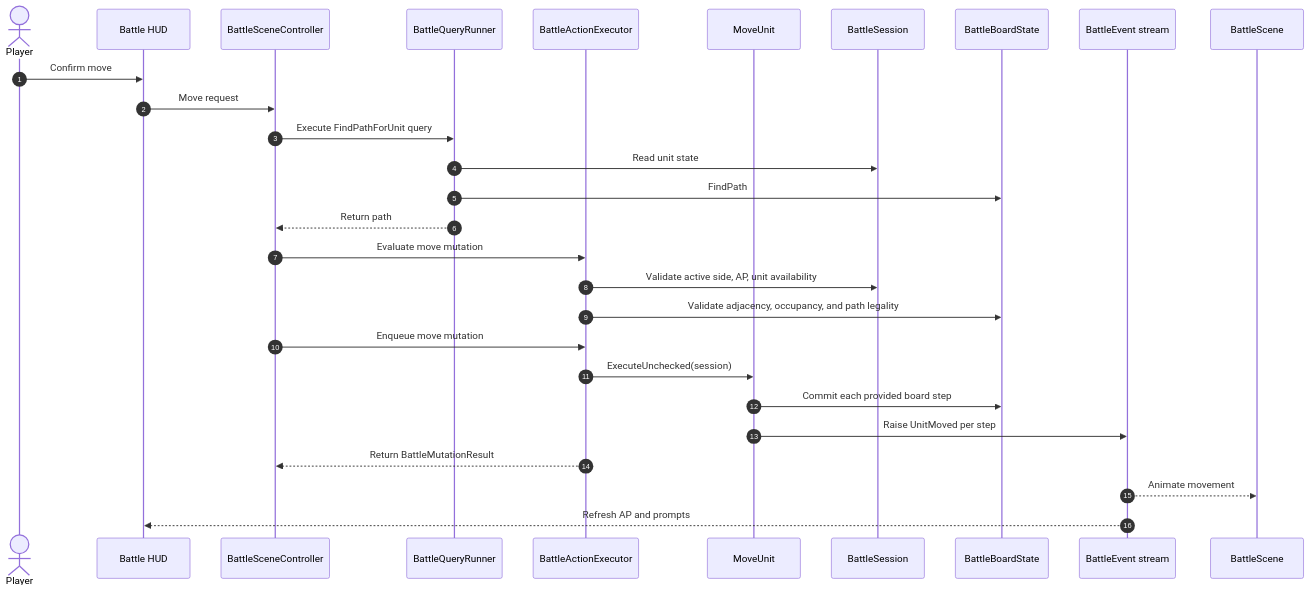
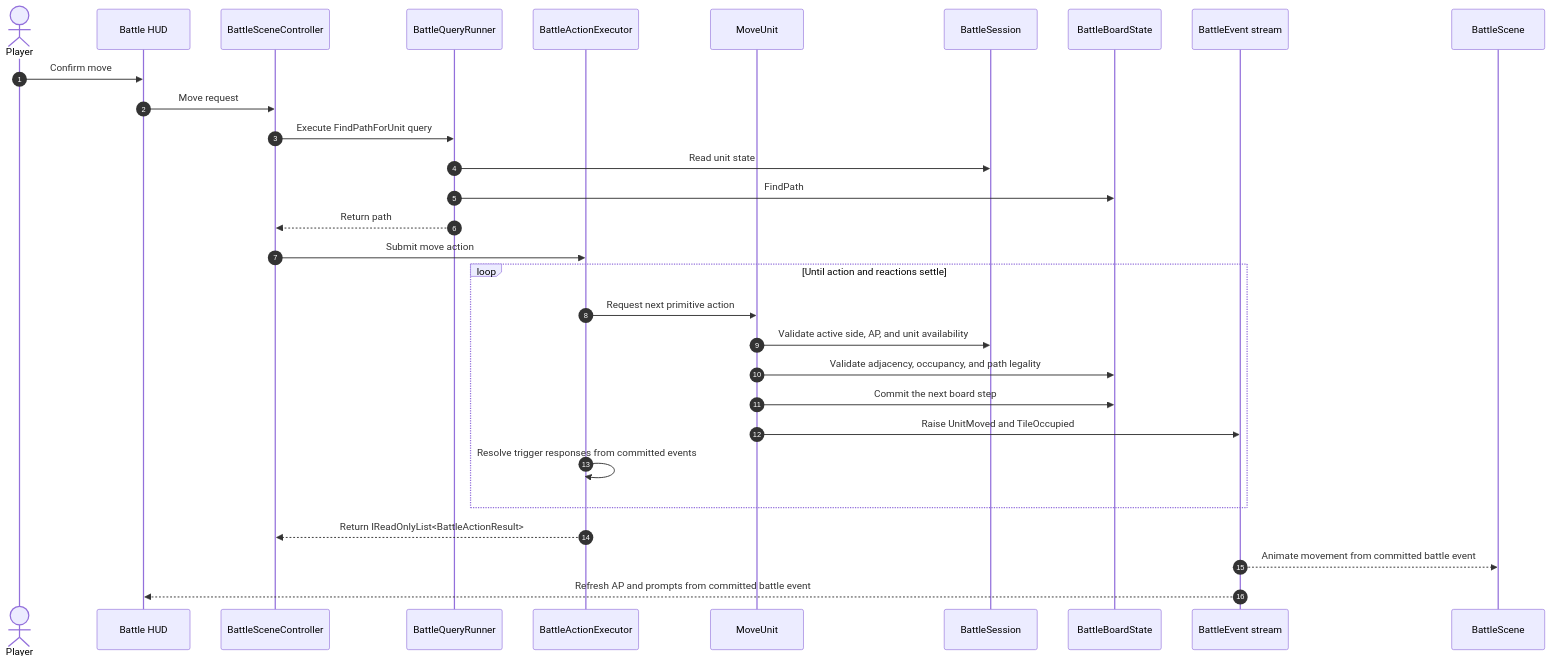
The second of 2 diagrams in docs/battlescape-architecture.md (smallp-o-p/fun-project), drawn with Mermaid before and after one commit. The commit also changed other lines of this file and 24 other files, not shown here.

Commit message:
Implement event-based architecture for battle actions

````diff
--- a/docs/battlescape-architecture.md
+++ b/docs/battlescape-architecture.md
@@ -303,31 +299,33 @@
 ```mermaid
 sequenceDiagram
     autonumber
     actor Player
     participant HUD as Battle HUD
     participant Controller as BattleSceneController
     participant Queries as BattleQueryRunner
     participant Exec as BattleActionExecutor
-    participant Mutation as MoveUnit
+    participant Action as MoveUnit
     participant Session as BattleSession
     participant Board as BattleBoardState
     participant Event as BattleEvent stream
     participant View as BattleScene
 
     Player->>HUD: Confirm move
     HUD->>Controller: Move request
     Controller->>Queries: Execute FindPathForUnit query
     Queries->>Session: Read unit state
     Queries->>Board: FindPath
     Queries-->>Controller: Return path
-    Controller->>Exec: Evaluate move mutation
-    Exec->>Session: Validate active side, AP, unit availability
-    Exec->>Board: Validate adjacency, occupancy, and path legality
-    Controller->>Exec: Enqueue move mutation
-    Exec->>Mutation: ExecuteUnchecked(session)
-    Mutation->>Board: Commit each provided board step
-    Mutation->>Event: Raise UnitMoved per step
-    Exec-->>Controller: Return BattleMutationResult
-    Event-->>View: Animate movement
-    Event-->>HUD: Refresh AP and prompts
+    Controller->>Exec: Submit move action
+    loop Until action and reactions settle
+        Exec->>Action: Request next primitive action
+        Action->>Session: Validate active side, AP, and unit availability
+        Action->>Board: Validate adjacency, occupancy, and path legality
+        Action->>Board: Commit the next board step
+        Action->>Event: Raise UnitMoved and TileOccupied
+        Exec->>Exec: Resolve trigger responses from committed events
+    end
+    Exec-->>Controller: Return IReadOnlyList<BattleActionResult>
+    Event-->>View: Animate movement from committed battle event
+    Event-->>HUD: Refresh AP and prompts from committed battle event
 ```
````
